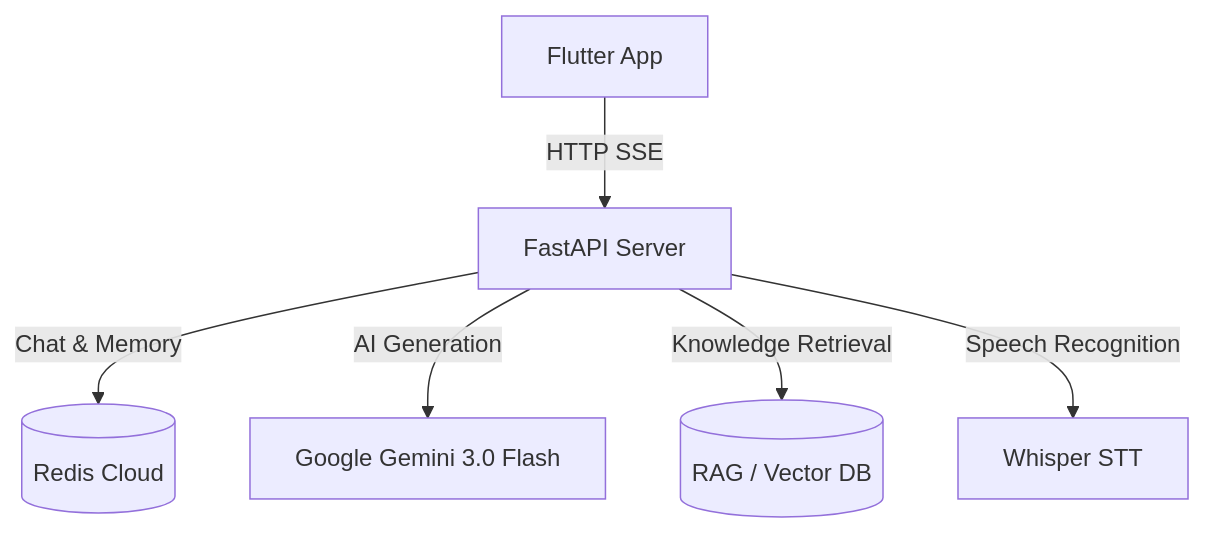
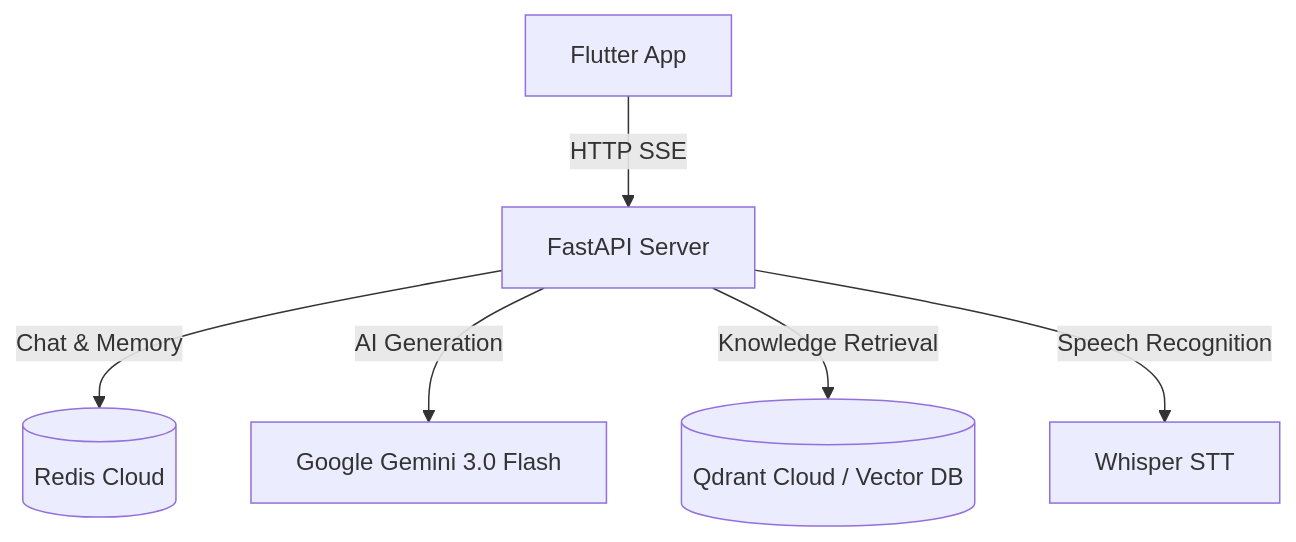
The diagram in README.md (Flamme-VRM/FullStack_Platform), drawn with Mermaid before and after one commit. The commit also changed other lines of this file and 1 other file, not shown here.

Commit message:
docs: update READMEs with cloud architecture and recent UI improvements

````diff
--- a/README.md
+++ b/README.md
@@ -19,8 +19,8 @@
 ```mermaid
 graph TD
     A[Flutter App] -->|HTTP SSE| B[FastAPI Server]
     B -->|Chat & Memory| C[(Redis Cloud)]
     B -->|AI Generation| D[Google Gemini 3.0 Flash]
-    B -->|Knowledge Retrieval| E[(RAG / Vector DB)]
+    B -->|Knowledge Retrieval| E[(Qdrant Cloud / Vector DB)]
     B -->|Speech Recognition| F[Whisper STT]
 ```
````
